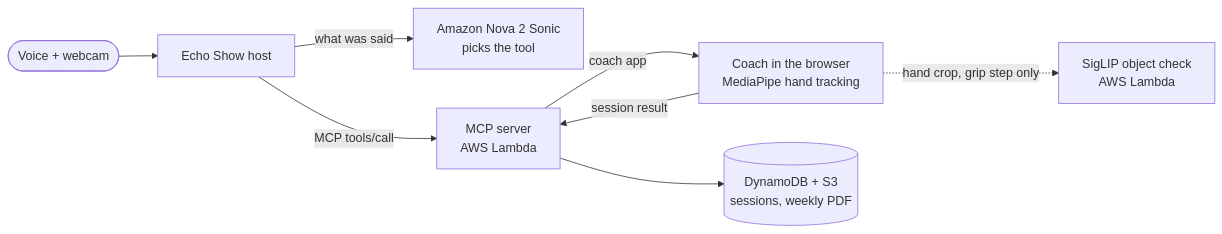
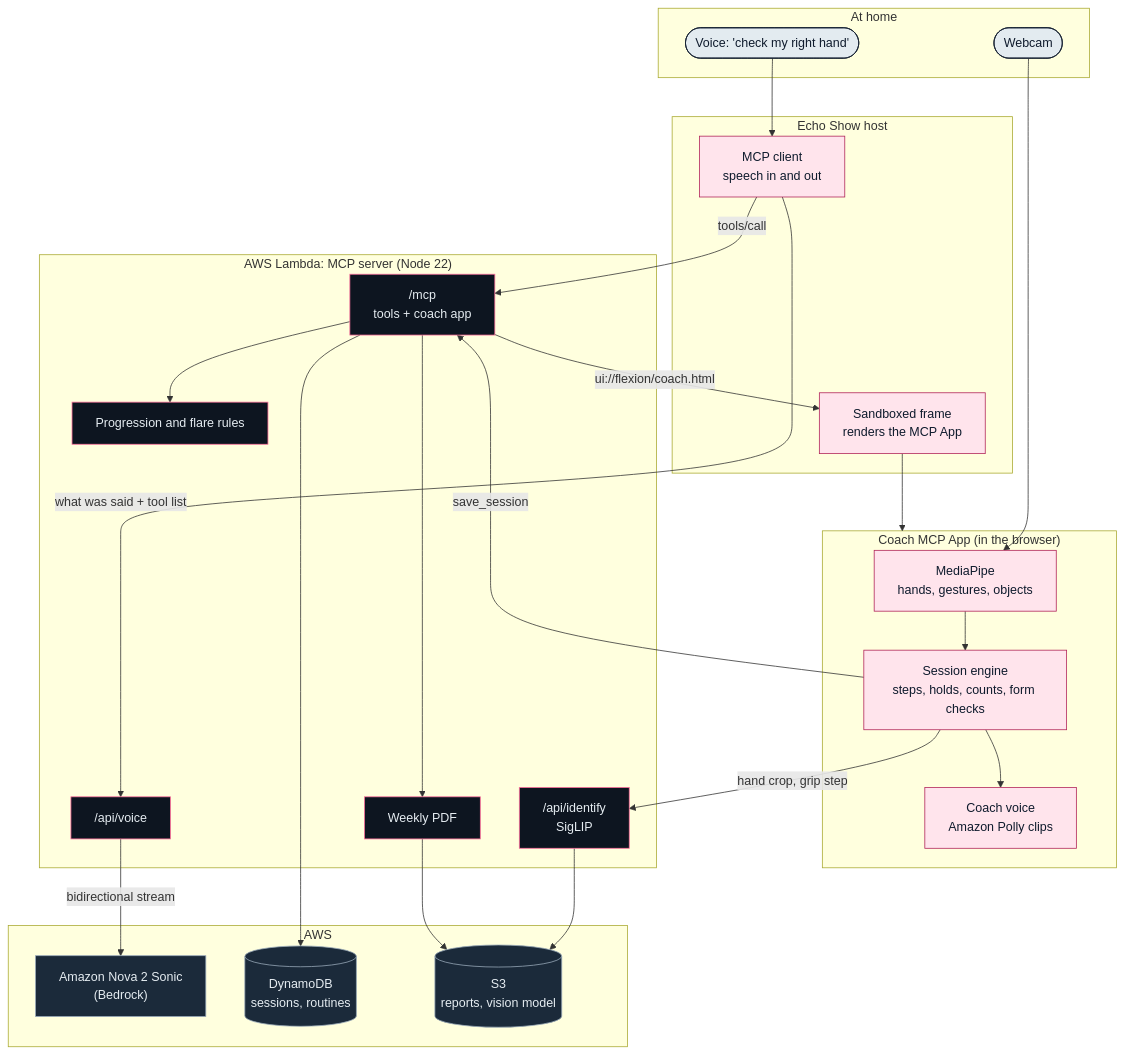
Before and after one commit to omshukla24/flexion: the first of 2 diagrams in README.md, drawn with Mermaid. The commit also changed other lines of this file, not shown here.

````diff
--- a/README.md
+++ b/README.md
@@ -30,10 +32,55 @@
 ```mermaid
-flowchart LR
-    U(["Voice + webcam"]) --> H["Echo Show host"]
-    H -->|"what was said"| S["Amazon Nova 2 Sonic<br/>picks the tool"]
-    H -->|"MCP tools/call"| M["MCP server<br/>AWS Lambda"]
-    M -->|"coach app"| C["Coach in the browser<br/>MediaPipe hand tracking"]
-    C -->|"session result"| M
-    C -.->|"hand crop, grip step only"| I["SigLIP object check<br/>AWS Lambda"]
-    M --> D[("DynamoDB + S3<br/>sessions, weekly PDF")]
+flowchart TD
+    subgraph HOME["At home"]
+        VOICE(["Voice: 'check my right hand'"])
+        CAM(["Webcam"])
+    end
+
+    subgraph HOST["Echo Show host"]
+        HOSTJS["MCP client<br/>speech in and out"]
+        FRAME["Sandboxed frame<br/>renders the MCP App"]
+    end
+
+    subgraph COACH["Coach MCP App (in the browser)"]
+        VISION["MediaPipe<br/>hands, gestures, objects"]
+        CORE["Session engine<br/>steps, holds, counts, form checks"]
+        SPEAK["Coach voice<br/>Amazon Polly clips"]
+    end
+
+    subgraph LAMBDA["AWS Lambda: MCP server (Node 22)"]
+        MCP["/mcp<br/>tools + coach app"]
+        VAPI["/api/voice"]
+        IAPI["/api/identify<br/>SigLIP"]
+        REPORT["Weekly PDF"]
+        ROUTINE["Progression and flare rules"]
+    end
+
+    subgraph AWS["AWS"]
+        BEDROCK["Amazon Nova 2 Sonic<br/>(Bedrock)"]
+        DDB[("DynamoDB<br/>sessions, routines")]
+        S3[("S3<br/>reports, vision model")]
+    end
+
+    VOICE --> HOSTJS
+    HOSTJS -->|"what was said + tool list"| VAPI
+    VAPI -->|"bidirectional stream"| BEDROCK
+    HOSTJS -->|"tools/call"| MCP
+    MCP -->|"ui://flexion/coach.html"| FRAME
+    FRAME --> COACH
+    CAM --> VISION --> CORE --> SPEAK
+    CORE -->|"save_session"| MCP
+    CORE -->|"hand crop, grip step"| IAPI
+    IAPI --> S3
+    MCP --> ROUTINE
+    MCP --> REPORT --> S3
+    MCP --> DDB
+
+    classDef home fill:#E3EBF0,stroke:#0F1B2D,color:#0F1B2D;
+    classDef device fill:#FFE4EC,stroke:#B02358,color:#0F1B2D;
+    classDef cloud fill:#0D1520,stroke:#FF6E9C,color:#E5ECF1;
+    classDef data fill:#1B2A3A,stroke:#98A9B9,color:#E5ECF1;
+    class VOICE,CAM home;
+    class HOSTJS,FRAME,VISION,CORE,SPEAK device;
+    class MCP,VAPI,IAPI,REPORT,ROUTINE cloud;
+    class BEDROCK,DDB,S3 data;
 ```
````
